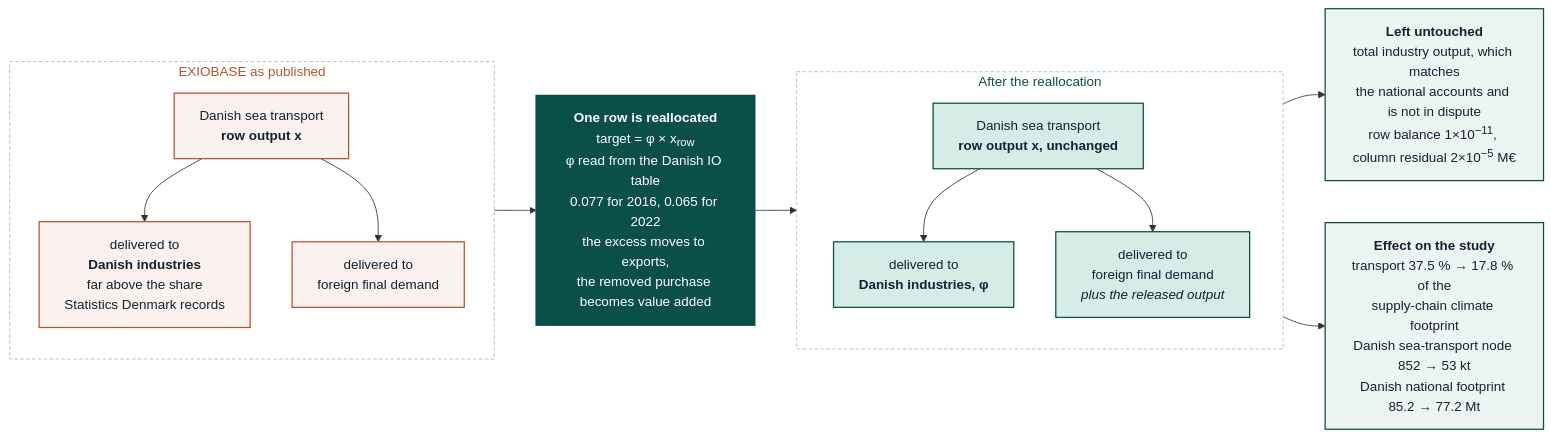
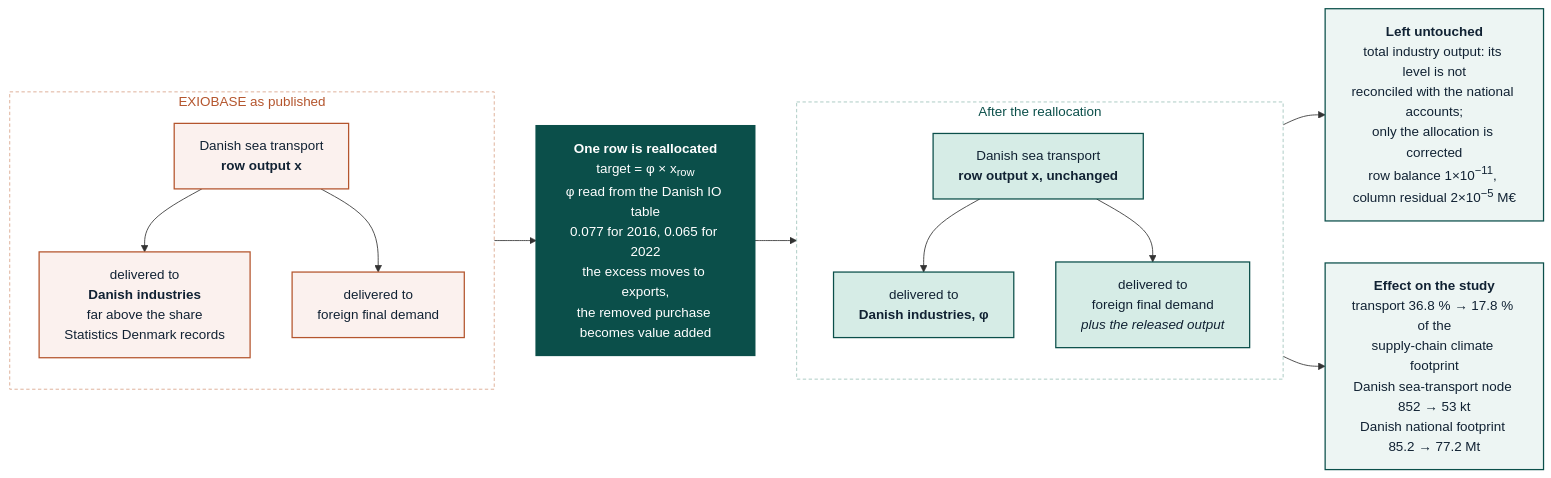
Before and after one commit to Ofir2025/envr-footprint-healthcare-Dk2025: the diagram in docs/revision/results_2022.md, drawn with Mermaid. The commit also changed other lines of this file and 1 other file, not shown here.

First line of the commit message:
Withdraw the output-level claim from the results narrative, and put the transport ladder on one denominator

````diff
--- a/docs/revision/results_2022.md
+++ b/docs/revision/results_2022.md
@@ -134,41 +139,41 @@
 ```mermaid
 flowchart LR
     subgraph BEFORE["EXIOBASE as published"]
       direction TB
       B1["Danish sea transport<br/><b>row output x</b>"]
       B2["delivered to<br/><b>Danish industries</b><br/>far above the share<br/>Statistics Denmark records"]
       B3["delivered to<br/>foreign final demand"]
       B1 --> B2
       B1 --> B3
     end
 
     OP["<b>One row is reallocated</b><br/>target = φ × x<sub>row</sub><br/>φ read from the Danish IO table<br/>0.077 for 2016, 0.065 for 2022<br/>the excess moves to exports,<br/>the removed purchase becomes value added"]
 
     subgraph AFTER["After the reallocation"]
       direction TB
       A1["Danish sea transport<br/><b>row output x, unchanged</b>"]
       A2["delivered to<br/><b>Danish industries, φ</b>"]
       A3["delivered to<br/>foreign final demand<br/><i>plus the released output</i>"]
       A1 --> A2
       A1 --> A3
     end
 
     BEFORE --> OP --> AFTER
 
-    INV["<b>Left untouched</b><br/>total industry output, which matches<br/>the national accounts and is not in dispute<br/>row balance 1×10<sup>−11</sup>, column residual 2×10<sup>−5</sup> M€"]
-    EFF["<b>Effect on the study</b><br/>transport 37.5 % → 17.8 % of the<br/>supply-chain climate footprint<br/>Danish sea-transport node 852 → 53 kt<br/>Danish national footprint 85.2 → 77.2 Mt"]
+    INV["<b>Left untouched</b><br/>total industry output: its level is not<br/>reconciled with the national accounts;<br/>only the allocation is corrected<br/>row balance 1×10<sup>−11</sup>, column residual 2×10<sup>−5</sup> M€"]
+    EFF["<b>Effect on the study</b><br/>transport 36.8 % → 17.8 % of the<br/>supply-chain climate footprint<br/>Danish sea-transport node 852 → 53 kt<br/>Danish national footprint 85.2 → 77.2 Mt"]
 
     AFTER --> INV
     AFTER --> EFF
 
     classDef before fill:#FBF1EE,stroke:#B4552D,stroke-width:1.5px,color:#123
     classDef after fill:#D6ECE6,stroke:#0B4F4A,stroke-width:1.5px,color:#123
     classDef op fill:#0B4F4A,stroke:#0B4F4A,stroke-width:2px,color:#FFFFFF
     classDef note fill:#EDF5F3,stroke:#0B4F4A,stroke-width:1.5px,color:#123
     class B1,B2,B3 before
     class A1,A2,A3 after
     class OP op
     class INV,EFF note
     style BEFORE fill:#FFFFFF,stroke:#D9A48A,stroke-width:1px,stroke-dasharray:4 3,color:#B4552D
     style AFTER fill:#FFFFFF,stroke:#9FC3BA,stroke-width:1px,stroke-dasharray:4 3,color:#0B4F4A
 ```
````
